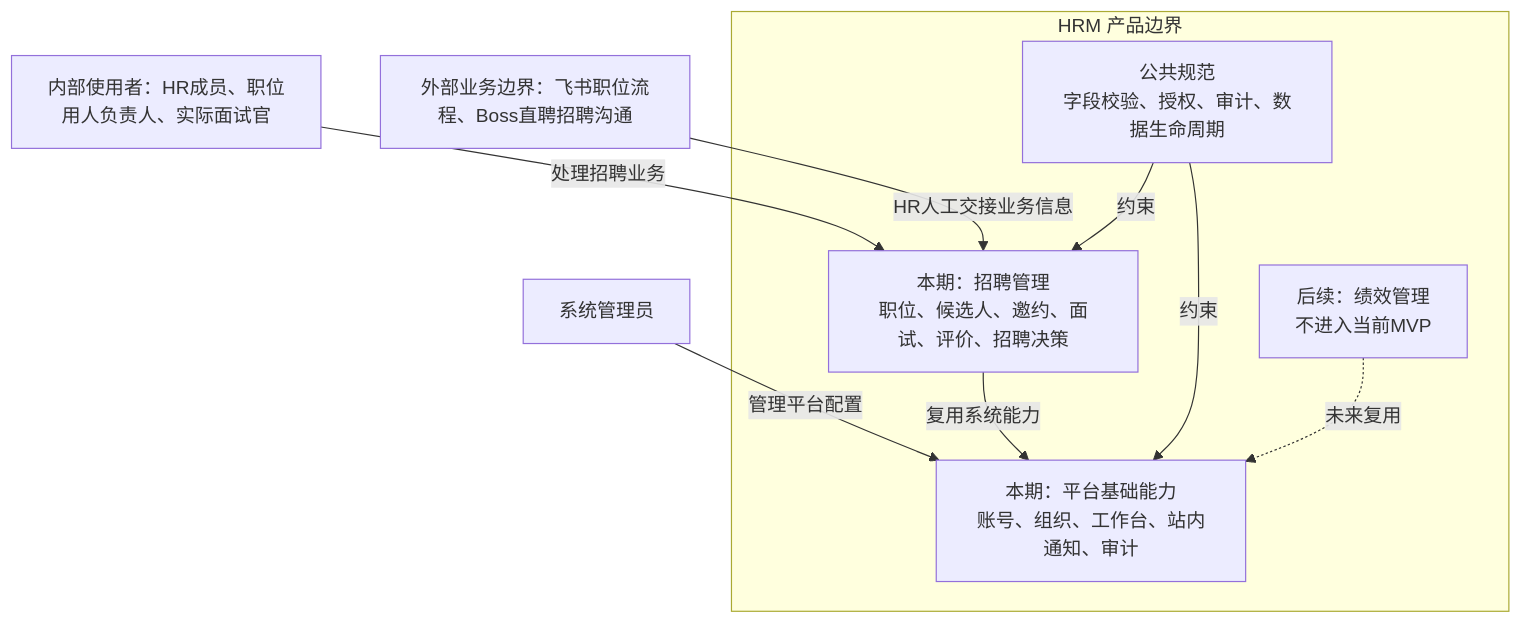
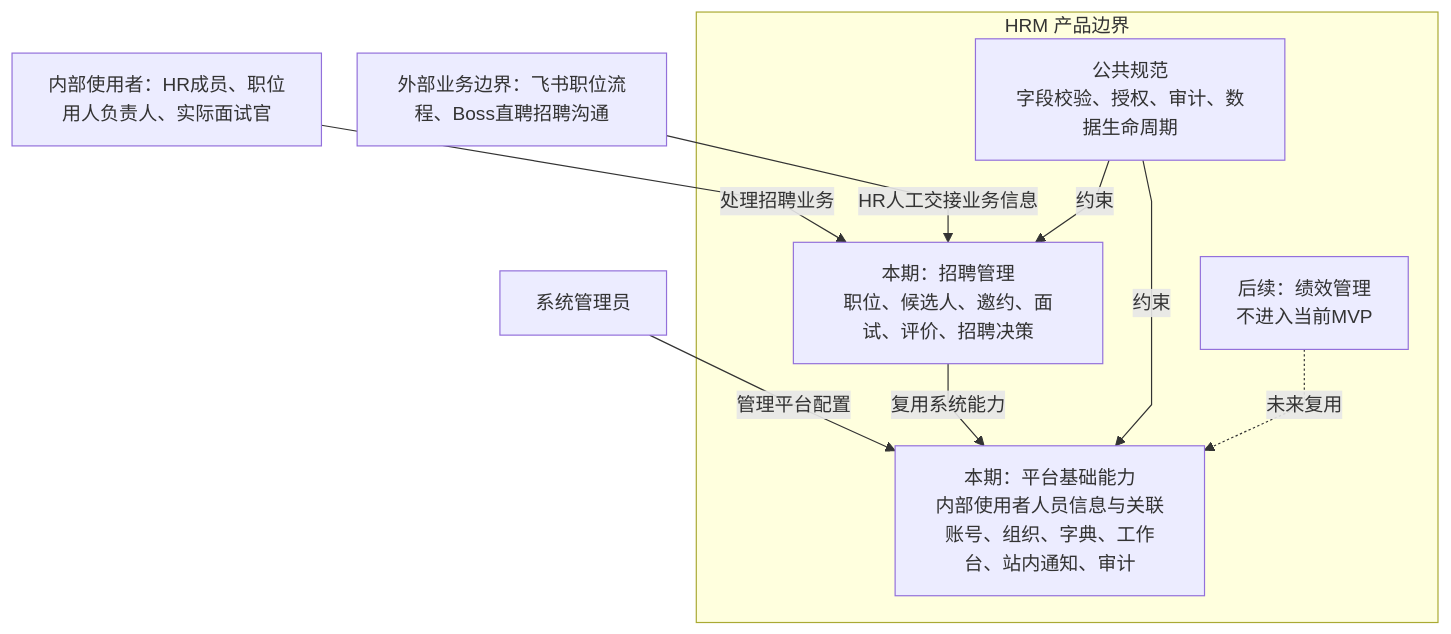
One commit to leidaibo-lab/pm-hrm changed the first of 2 diagrams in docs/product/产品总览.md. Above: the diagram before and after it, drawn with Mermaid. The commit also changed other lines of this file and 32 other files, not shown here.

Commit message:
docs(product): 收口招聘MVP需求并整合文档与图示

````diff
--- a/docs/product/产品总览.md
+++ b/docs/product/产品总览.md
@@ -80,19 +71,20 @@
 ```mermaid
+%%{init: {"flowchart":{"curve":"linear","nodeSpacing":30,"rankSpacing":45,"diagramPadding":16,"wrappingWidth":200},"sequence":{"mirrorActors":false,"actorMargin":45,"messageMargin":30,"noteMargin":12,"wrap":false},"er":{"diagramPadding":16,"minEntityWidth":130,"minEntityHeight":45}}}%%
 flowchart TB
     Roles["内部使用者：HR成员、职位用人负责人、实际面试官"]
     Admin["系统管理员"]
     External["外部业务边界：飞书职位流程、Boss直聘招聘沟通"]
     subgraph HRM["HRM 产品边界"]
         Recruitment["本期：招聘管理<br/>职位、候选人、邀约、面试、评价、招聘决策"]
-        Platform["本期：平台基础能力<br/>账号、组织、工作台、站内通知、审计"]
+        Platform["本期：平台基础能力<br/>内部使用者人员信息与关联账号、组织、字典、工作台、站内通知、审计"]
         Rules["公共规范<br/>字段校验、授权、审计、数据生命周期"]
         Performance["后续：绩效管理<br/>不进入当前MVP"]
     end
     Roles -->|处理招聘业务| Recruitment
     Admin -->|管理平台配置| Platform
     External -->|HR人工交接业务信息| Recruitment
     Recruitment -->|复用系统能力| Platform
     Rules -->|约束| Recruitment
     Rules -->|约束| Platform
     Performance -.->|未来复用| Platform
 ```
````
